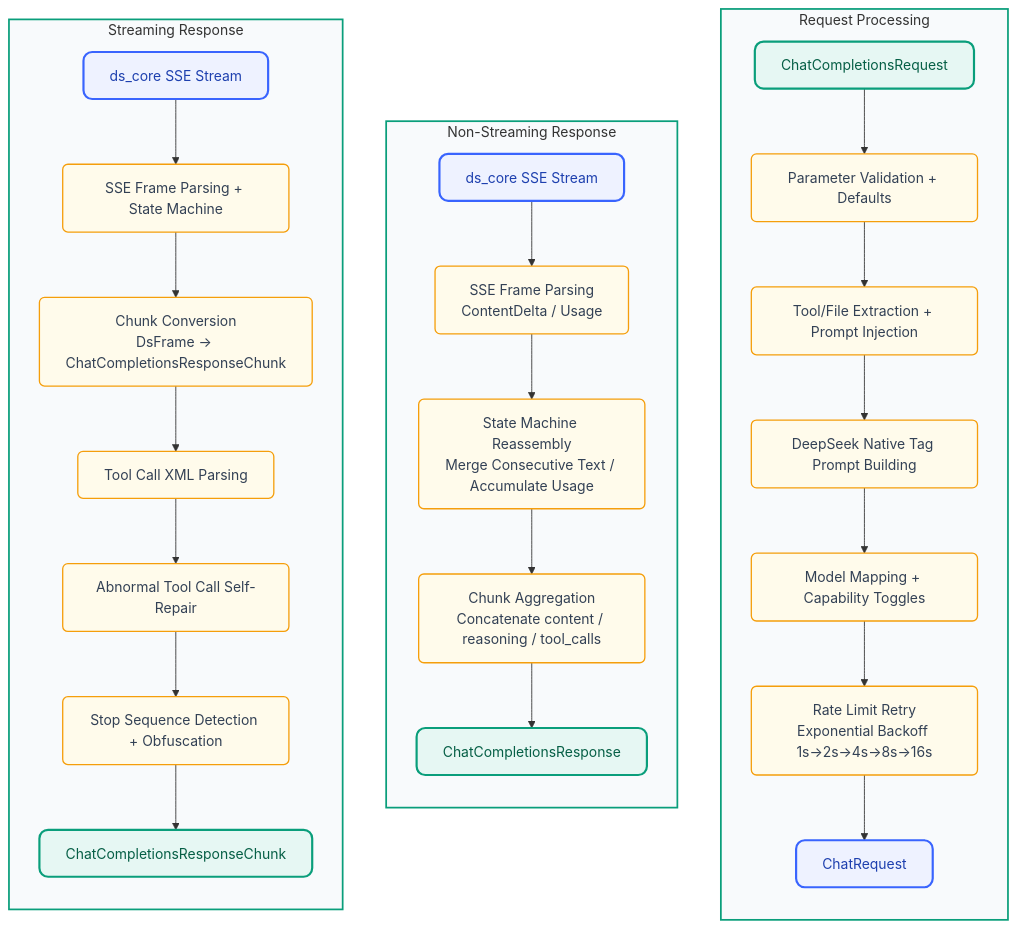
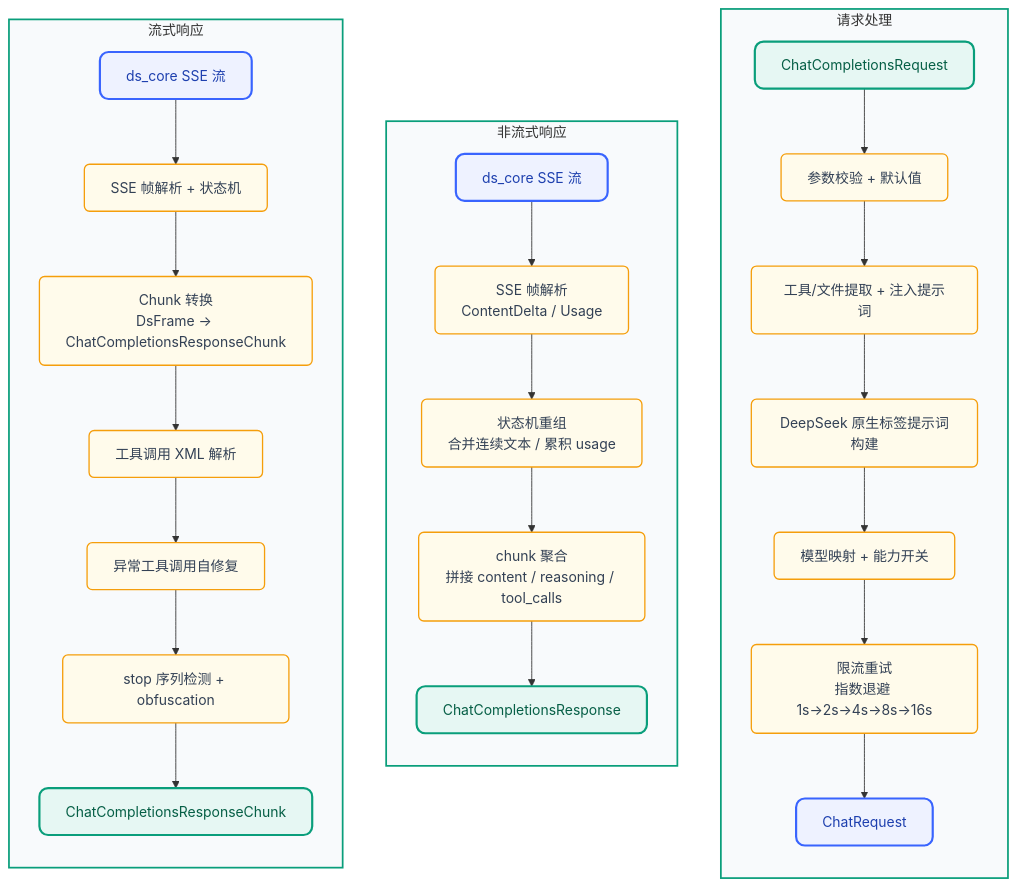
The second of 3 diagrams in README.md (mssiasco/ds-free-api), drawn with Mermaid before and after one commit. The commit also changed other lines of this file and 49 other files, not shown here.

````diff
--- a/README.md
+++ b/README.md
@@ -248,46 +249,46 @@
 ```mermaid
 flowchart TB
-    %% ===== Theme definitions =====
+    %% ===== 主题定义 =====
     classDef ds_core fill:#eef2ff,stroke:#3964fe,stroke-width:2.5px,color:#1e40af,rx:10,ry:10
     classDef openai_adapter fill:#e6f7f3,stroke:#0a9e7b,stroke-width:2.5px,color:#065f46,rx:10,ry:10
     classDef step fill:#fffbeb,stroke:#f59e0b,stroke-width:1.5px,color:#334155,rx:6,ry:6
 
-    subgraph RQ ["Request Processing"]
+    subgraph RQ ["请求处理"]
         direction TB
         Q1["ChatCompletionsRequest"]:::openai_adapter
-        Q2["Parameter Validation + Defaults"]:::step
-        Q3["Tool/File Extraction + Prompt Injection"]:::step
-        Q4["DeepSeek Native Tag Prompt Building"]:::step
-        Q5["Model Mapping + Capability Toggles"]:::step
-        Q6["Rate Limit Retry<br/>Exponential Backoff 1s→2s→4s→8s→16s"]:::step
+        Q2["参数校验 + 默认值"]:::step
+        Q3["工具/文件提取 + 注入提示词"]:::step
+        Q4["DeepSeek 原生标签提示词构建"]:::step
+        Q5["模型映射 + 能力开关"]:::step
+        Q6["限流重试<br/>指数退避 1s→2s→4s→8s→16s"]:::step
         Q7["ChatRequest"]:::ds_core
     end
 
-    subgraph RS1 ["Non-Streaming Response"]
+    subgraph RS1 ["非流式响应"]
         direction TB
-        OR1["ds_core SSE Stream"]:::ds_core
-        OR2["SSE Frame Parsing<br/>ContentDelta / Usage"]:::step
-        OR3["State Machine Reassembly<br/>Merge Consecutive Text / Accumulate Usage"]:::step
-        OR4["Chunk Aggregation<br/>Concatenate content / reasoning / tool_calls"]:::step
+        OR1["ds_core SSE 流"]:::ds_core
+        OR2["SSE 帧解析<br/>ContentDelta / Usage"]:::step
+        OR3["状态机重组<br/>合并连续文本 / 累积 usage"]:::step
+        OR4["chunk 聚合<br/>拼接 content / reasoning / tool_calls"]:::step
         OR5["ChatCompletionsResponse"]:::openai_adapter
     end
 
-    subgraph RS2 ["Streaming Response"]
+    subgraph RS2 ["流式响应"]
         direction TB
-        OS1["ds_core SSE Stream"]:::ds_core
-        OS2["SSE Frame Parsing + State Machine"]:::step
-        OS3["Chunk Conversion<br/>DsFrame → ChatCompletionsResponseChunk"]:::step
-        OS4["Tool Call XML Parsing"]:::step
-        OS5["Abnormal Tool Call Self-Repair"]:::step
-        OS6["Stop Sequence Detection + Obfuscation"]:::step
+        OS1["ds_core SSE 流"]:::ds_core
+        OS2["SSE 帧解析 + 状态机"]:::step
+        OS3["Chunk 转换<br/>DsFrame → ChatCompletionsResponseChunk"]:::step
+        OS4["工具调用 XML 解析"]:::step
+        OS5["异常工具调用自修复"]:::step
+        OS6["stop 序列检测 + obfuscation"]:::step
         OS7["ChatCompletionsResponseChunk"]:::openai_adapter
     end
 
     Q1 --> Q2 --> Q3 --> Q4 --> Q5 --> Q6 --> Q7
     OR1 --> OR2 --> OR3 --> OR4 --> OR5
     OS1 --> OS2 --> OS3 --> OS4 --> OS5 --> OS6 --> OS7
 
     style RQ fill:#f8fafc,stroke:#0a9e7b,stroke-width:2px
     style RS1 fill:#f8fafc,stroke:#0a9e7b,stroke-width:2px
     style RS2 fill:#f8fafc,stroke:#0a9e7b,stroke-width:2px
 ```
````
